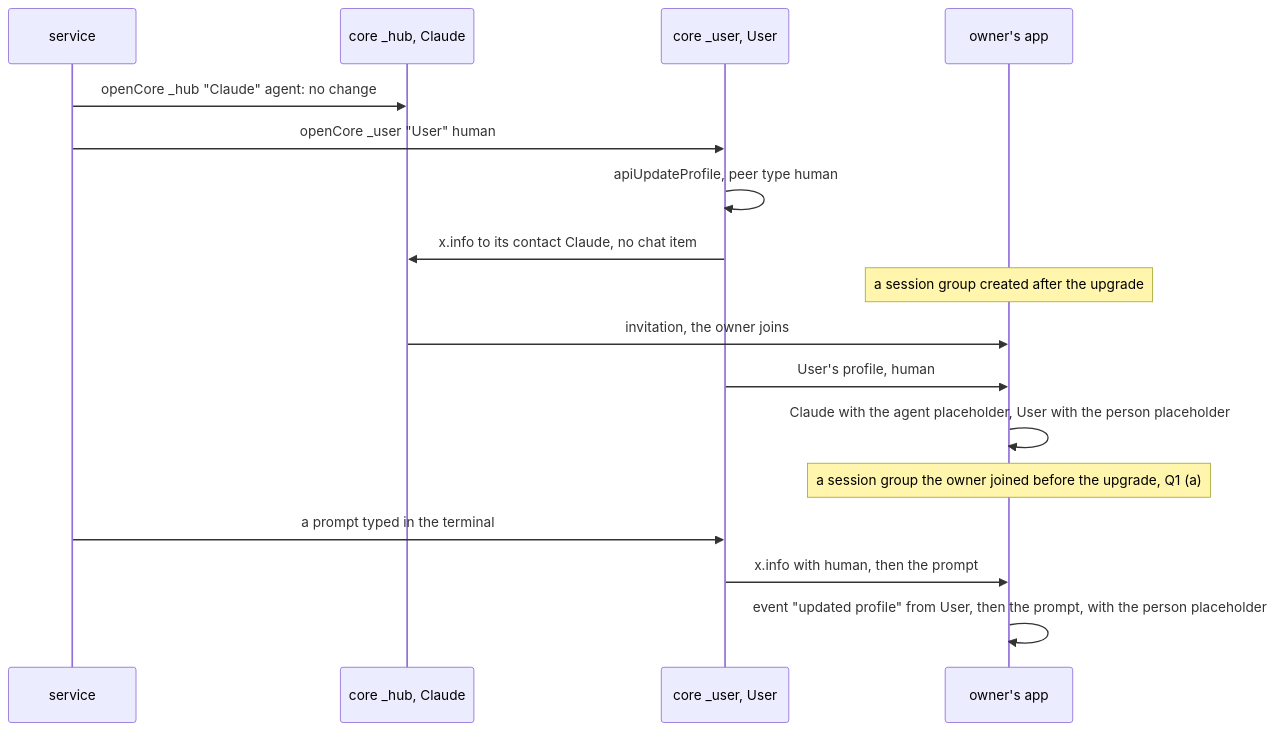
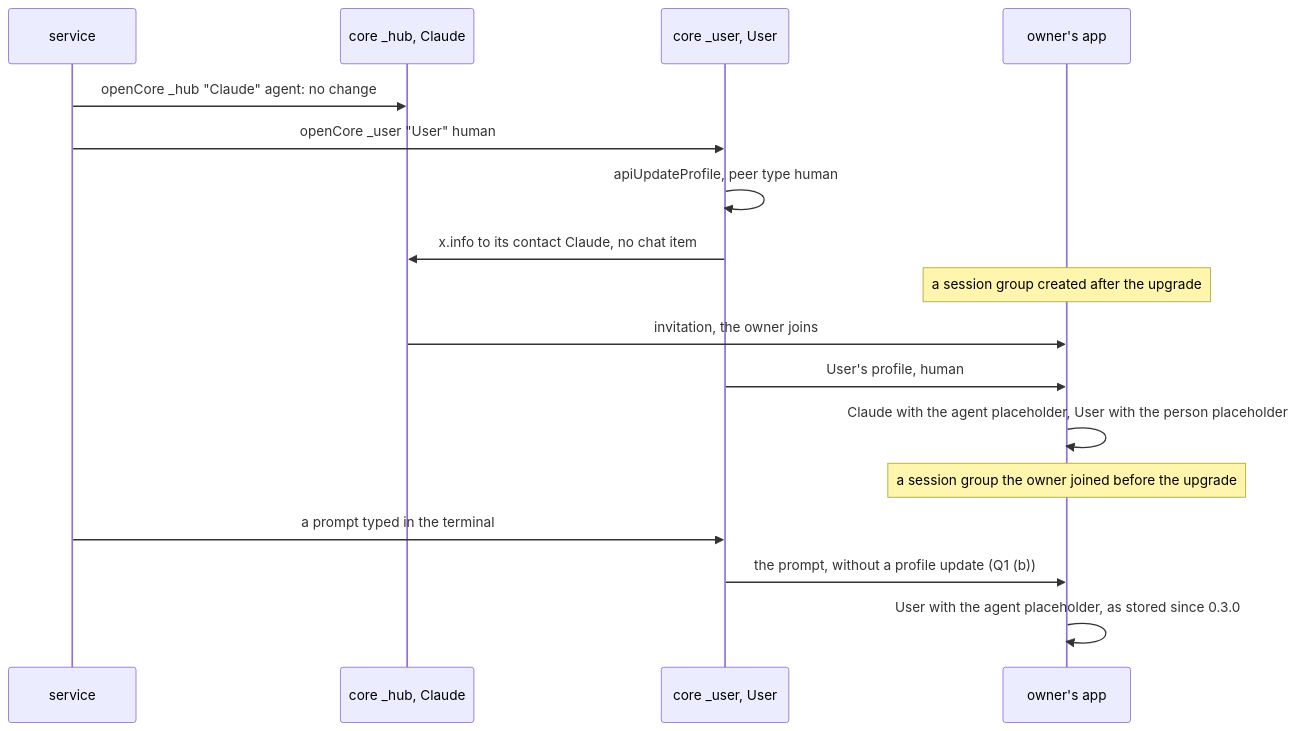
The first of 2 diagrams in plans/2026-11-12-mcp-agent-profile.md (simplex-chat/simplex-chat), drawn with Mermaid before and after one commit. The commit also changed other lines of this file, not shown here.

Commit message:
plan: mcp-agent-profile, answers Q1 (b) and Q2 (b)

````diff
--- a/plans/2026-11-12-mcp-agent-profile.md
+++ b/plans/2026-11-12-mcp-agent-profile.md
@@ -79,19 +89,19 @@
 ```mermaid
 sequenceDiagram
   participant D as service
   participant C as core _hub, Claude
   participant U as core _user, User
   participant O as owner's app
   D->>C: openCore _hub "Claude" agent: no change
   D->>U: openCore _user "User" human
   U->>U: apiUpdateProfile, peer type human
   U->>C: x.info to its contact Claude, no chat item
   Note over O: a session group created after the upgrade
   C->>O: invitation, the owner joins
   U->>O: User's profile, human
   O->>O: Claude with the agent placeholder, User with the person placeholder
-  Note over O: a session group the owner joined before the upgrade, Q1 (a)
+  Note over O: a session group the owner joined before the upgrade
   D->>U: a prompt typed in the terminal
-  U->>O: x.info with human, then the prompt
-  O->>O: event "updated profile" from User, then the prompt, with the person placeholder
+  U->>O: the prompt, without a profile update (Q1 (b))
+  O->>O: User with the agent placeholder, as stored since 0.3.0
 ```
````
